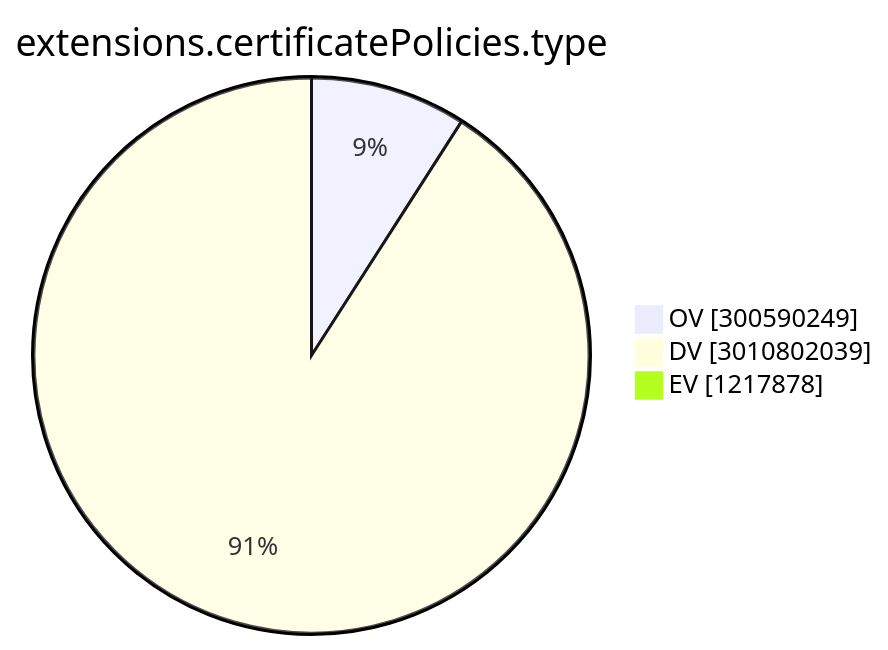
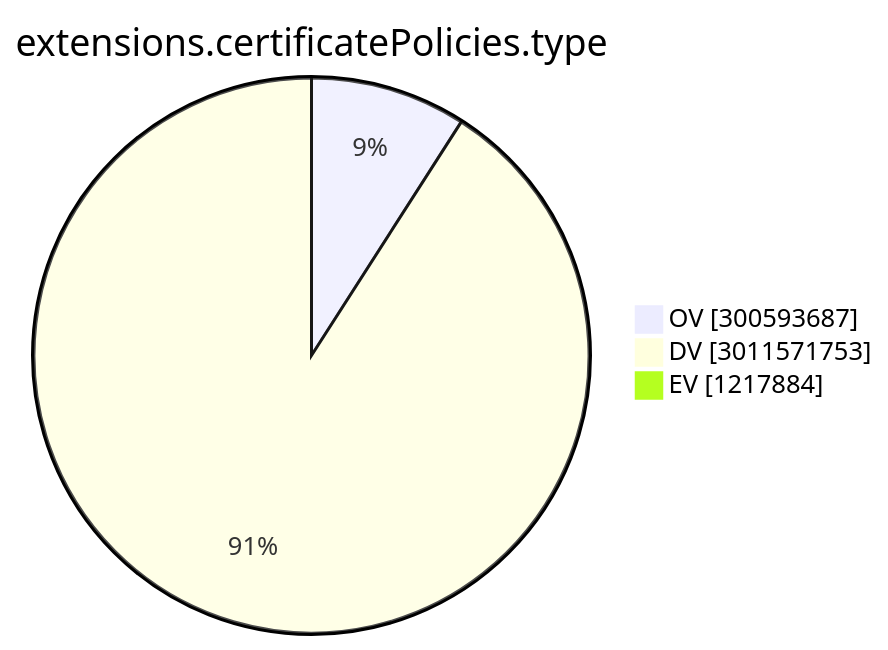
The ninth of 15 diagrams in TOTAL/README.md (christiankrug/ctmonitor_visualization), drawn with Mermaid before and after one commit. The commit also changed other lines of this file, not shown here.

````diff
--- a/TOTAL/README.md
+++ b/TOTAL/README.md
@@ -3102,7 +3102,7 @@
 ```mermaid
 pie showData
 title extensions.certificatePolicies.type
-"OV" :300590249
-"DV" :3010802039
-"EV" :1217878
+"OV" :300593687
+"DV" :3011571753
+"EV" :1217884
 ```
````
